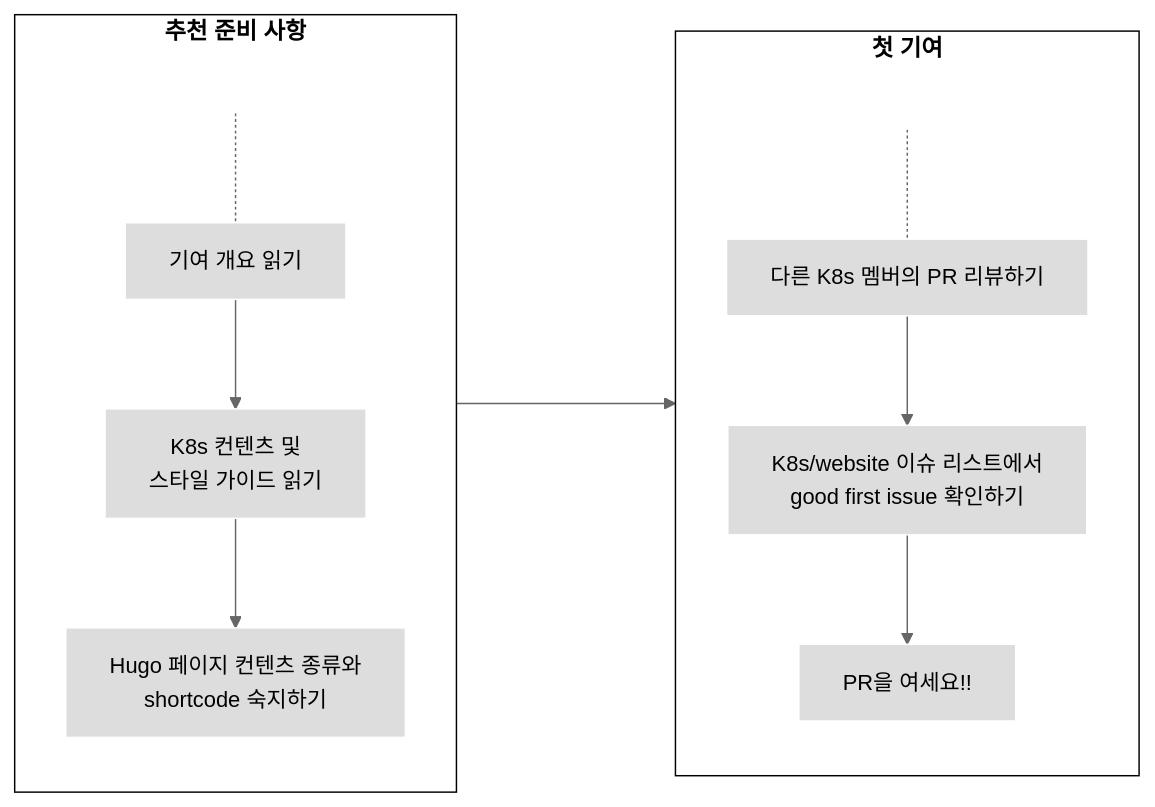
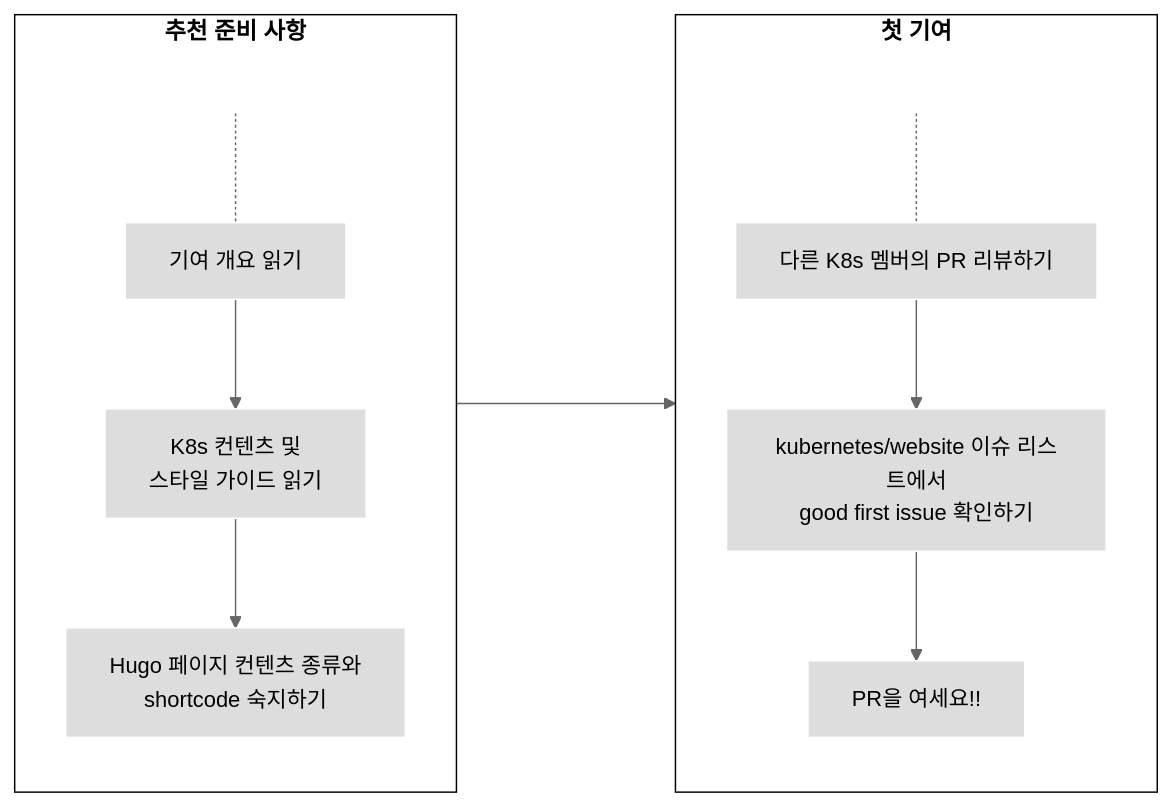
The second of 2 diagrams in content/ko/docs/contribute/_index.md (kubernetes/website), drawn with Mermaid (neutral theme) before and after one commit. The commit also changed other lines of this file and 18 other files, not shown here.

```diff
--- a/content/ko/docs/contribute/_index.md
+++ b/content/ko/docs/contribute/_index.md
@@ -120,26 +120,26 @@
 {{< mermaid >}}
 flowchart LR
     subgraph second[첫 기여]
     direction TB
     S[ ] -.-
     G[다른 K8s 멤버의 PR 리뷰하기] -->
-    A[K8s/website 이슈 리스트에서<br>good first issue 확인하기] --> B[PR을 여세요!!]
+    A[kubernetes/website 이슈 리스트에서<br>good first issue 확인하기] --> B[PR을 여세요!!]
     end
     subgraph first[추천 준비 사항]
     direction TB
        T[ ] -.-
        D[기여 개요 읽기] -->E[K8s 컨텐츠 및 <br>스타일 가이드 읽기]
        E --> F[Hugo 페이지 컨텐츠 종류와<br>shortcode 숙지하기]
     end
     
 
     first ----> second
      
 
 classDef grey fill:#dddddd,stroke:#ffffff,stroke-width:px,color:#000000, font-size:15px;
 classDef white fill:#ffffff,stroke:#000,stroke-width:px,color:#000,font-weight:bold
 classDef spacewhite fill:#ffffff,stroke:#fff,stroke-width:0px,color:#000
 class A,B,D,E,F,G grey
 class S,T spacewhite
 class first,second white
 {{</ mermaid >}}
```
